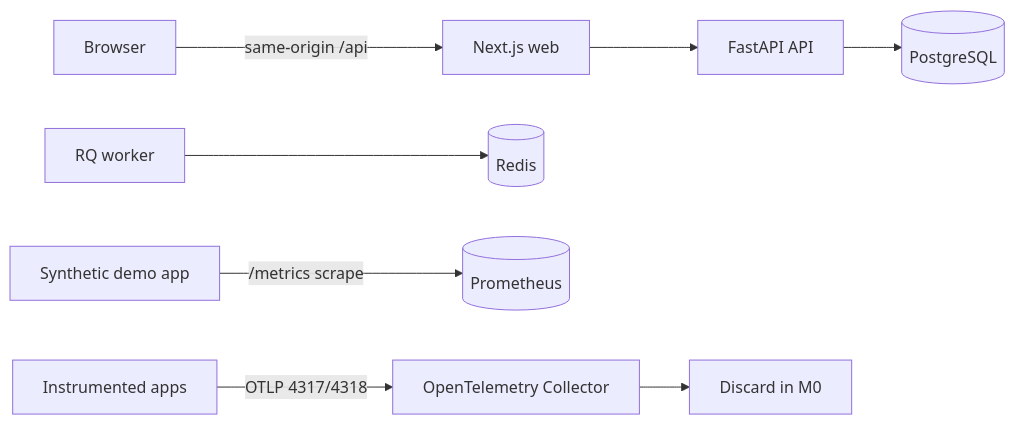
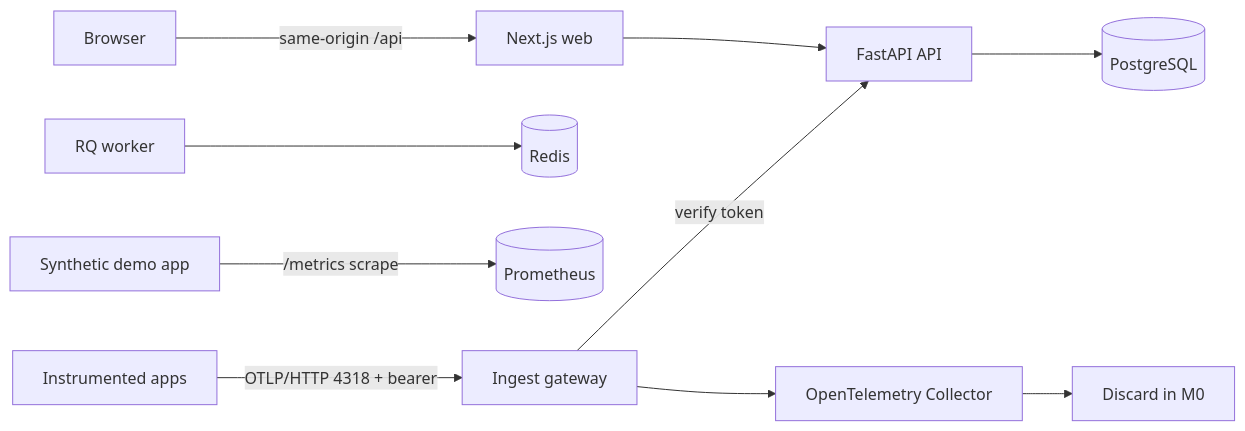
Before and after one commit to uditaswal/OpsDetective: the diagram in docs/architecture.md, drawn with Mermaid. The commit also changed other lines of this file and 14 other files, not shown here.

First line of the commit message:
Enforce ingestion tokens with an authenticated OTLP gateway

````diff
--- a/docs/architecture.md
+++ b/docs/architecture.md
@@ -5,10 +5,12 @@
 ```mermaid
 flowchart LR
   Browser -->|same-origin /api| Web[Next.js web]
   Web --> API[FastAPI API]
   API --> PG[(PostgreSQL)]
   Worker[RQ worker] --> Redis[(Redis)]
   Demo[Synthetic demo app] -->|/metrics scrape| Prom[(Prometheus)]
-  Instrumented[Instrumented apps] -->|OTLP 4317/4318| Collector[OpenTelemetry Collector]
+  Instrumented[Instrumented apps] -->|OTLP/HTTP 4318 + bearer| Gateway[Ingest gateway]
+  Gateway -->|verify token| API
+  Gateway --> Collector[OpenTelemetry Collector]
   Collector --> Nop[Discard in M0]
 ```
````
